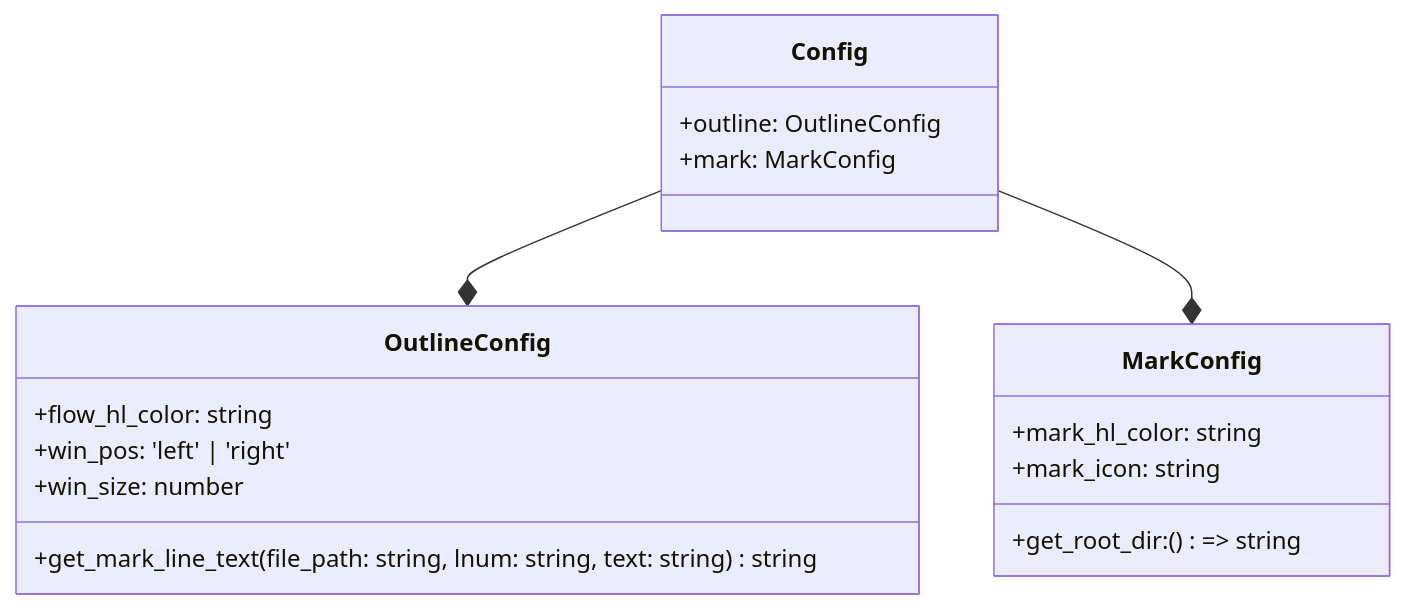
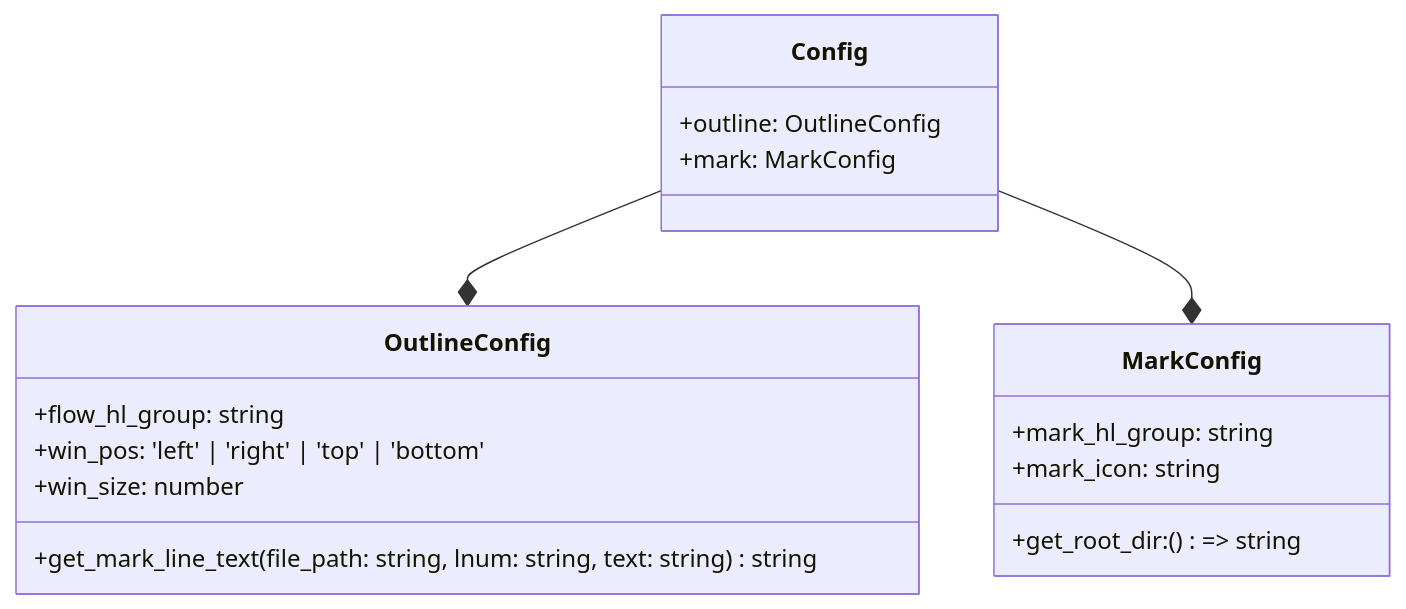
One commit to niuiic/track.nvim changed diagram 16 of 16 in DESIGN.md. Above: the diagram before and after it, drawn with Mermaid. The commit also changed other lines of this file and 7 other files, not shown here.

````diff
--- a/DESIGN.md
+++ b/DESIGN.md
@@ -369,23 +371,23 @@
 ```mermaid
 classDiagram
     Config --* OutlineConfig
     Config --* MarkConfig
     class Config {
         +outline: OutlineConfig
         +mark: MarkConfig
     }
 
     class OutlineConfig {
-        +flow_hl_color: string
-        +win_pos: 'left' | 'right'
+        +flow_hl_group: string
+        +win_pos: 'left' | 'right' | 'top' | 'bottom'
         +win_size: number
 
         +get_mark_line_text(file_path: string, lnum: string, text: string) string
     }
 
     class MarkConfig {
-        +mark_hl_color: string
+        +mark_hl_group: string
         +mark_icon: string
         +get_root_dir: () => string
     }
 ```
````
